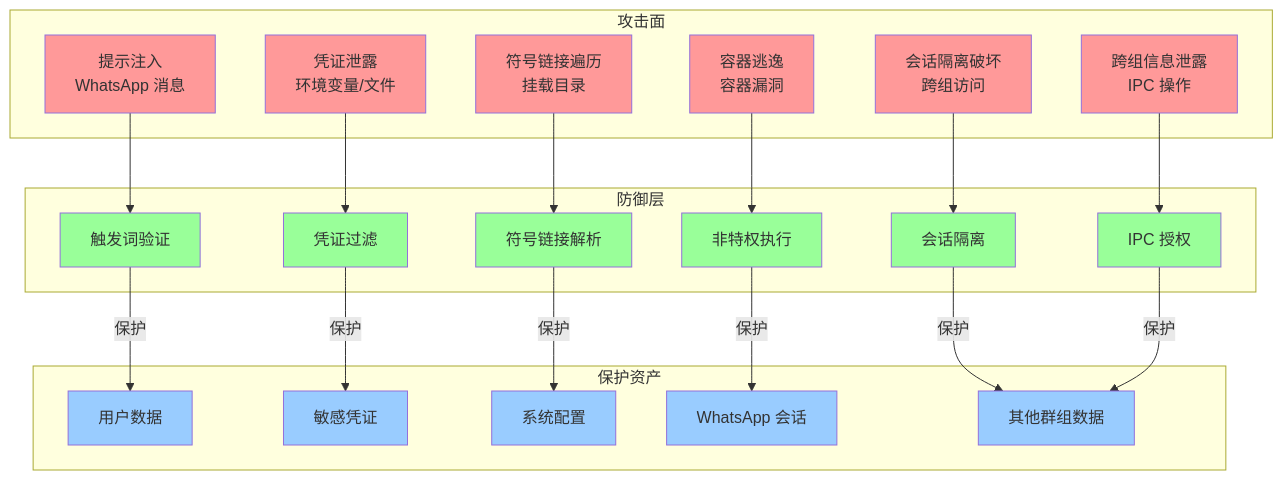
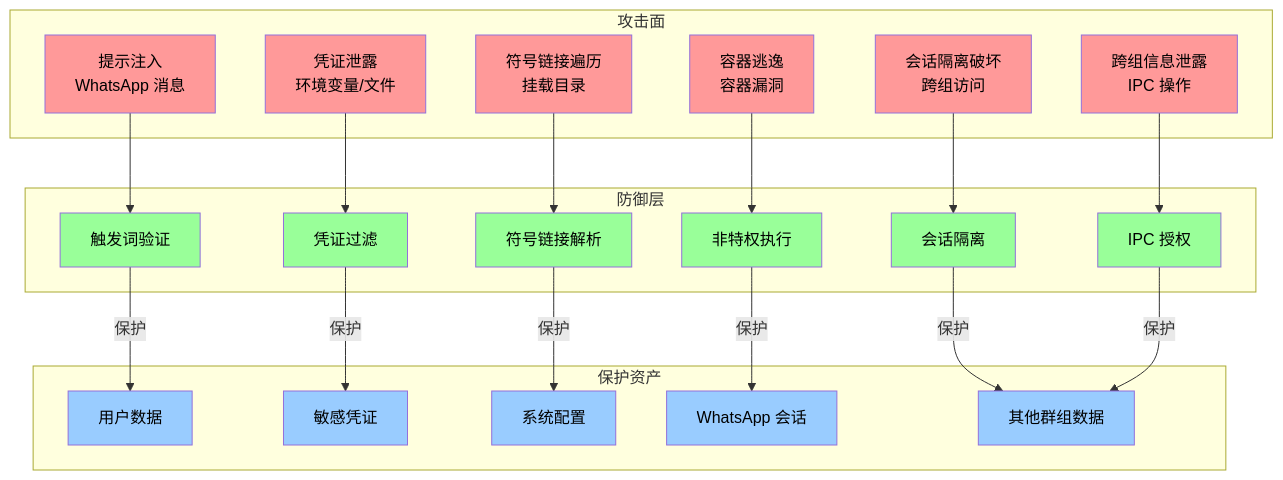
Diagram 12 of 22 in analysis/附录-架构图集.md (cloudyan/nanoclaw), drawn with Mermaid before and after one commit. The commit also changed other lines of this file and 1 other file, not shown here.

Commit message:
docs: improve diagram readability with explicit text color

````diff
--- a/analysis/附录-架构图集.md
+++ b/analysis/附录-架构图集.md
@@ -646,60 +646,60 @@
 ```mermaid
 graph TB
     subgraph "攻击面"
         A1["提示注入<br/>WhatsApp 消息"]
         A2["符号链接遍历<br/>挂载目录"]
         A3["凭证泄露<br/>环境变量/文件"]
         A4["会话隔离破坏<br/>跨组访问"]
         A5["容器逃逸<br/>容器漏洞"]
         A6["跨组信息泄露<br/>IPC 操作"]
     end
 
     subgraph "防御层"
         D1[触发词验证]
         D2[符号链接解析]
         D3[凭证过滤]
         D4[会话隔离]
         D5[非特权执行]
         D6[IPC 授权]
     end
 
     subgraph "保护资产"
         AS1[用户数据]
         AS2[敏感凭证]
         AS3[系统配置]
         AS4[WhatsApp 会话]
         AS5[其他群组数据]
     end
 
     A1 --> D1
     A2 --> D2
     A3 --> D3
     A4 --> D4
     A5 --> D5
     A6 --> D6
 
     D1 -->|保护| AS1
     D2 -->|保护| AS3
     D3 -->|保护| AS2
     D4 -->|保护| AS5
     D5 -->|保护| AS4
     D6 -->|保护| AS5
 
-    style A1 fill:#ff9999
-    style A2 fill:#ff9999
-    style A3 fill:#ff9999
-    style A4 fill:#ff9999
-    style A5 fill:#ff9999
-    style A6 fill:#ff9999
-    style D1 fill:#99ff99
-    style D2 fill:#99ff99
-    style D3 fill:#99ff99
-    style D4 fill:#99ff99
-    style D5 fill:#99ff99
-    style D6 fill:#99ff99
-    style AS1 fill:#99ccff
-    style AS2 fill:#99ccff
-    style AS3 fill:#99ccff
-    style AS4 fill:#99ccff
-    style AS5 fill:#99ccff
+    style A1 fill:#ff9999,color:#000000
+    style A2 fill:#ff9999,color:#000000
+    style A3 fill:#ff9999,color:#000000
+    style A4 fill:#ff9999,color:#000000
+    style A5 fill:#ff9999,color:#000000
+    style A6 fill:#ff9999,color:#000000
+    style D1 fill:#99ff99,color:#000000
+    style D2 fill:#99ff99,color:#000000
+    style D3 fill:#99ff99,color:#000000
+    style D4 fill:#99ff99,color:#000000
+    style D5 fill:#99ff99,color:#000000
+    style D6 fill:#99ff99,color:#000000
+    style AS1 fill:#99ccff,color:#000000
+    style AS2 fill:#99ccff,color:#000000
+    style AS3 fill:#99ccff,color:#000000
+    style AS4 fill:#99ccff,color:#000000
+    style AS5 fill:#99ccff,color:#000000
 ```
````
